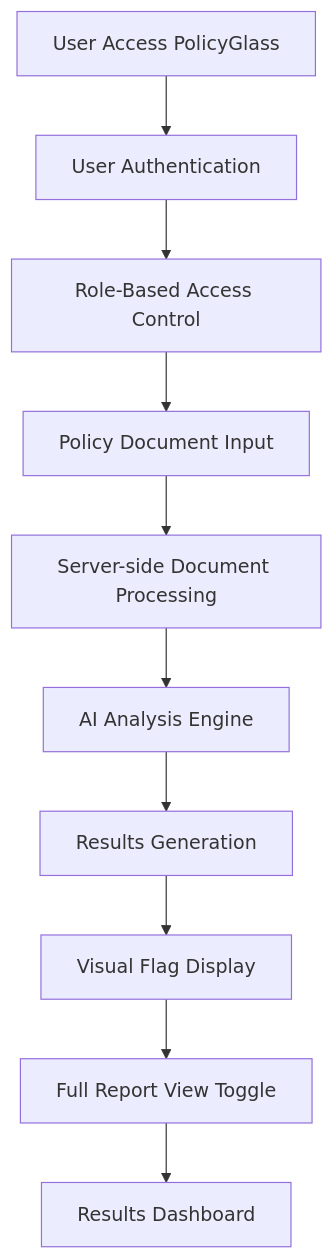
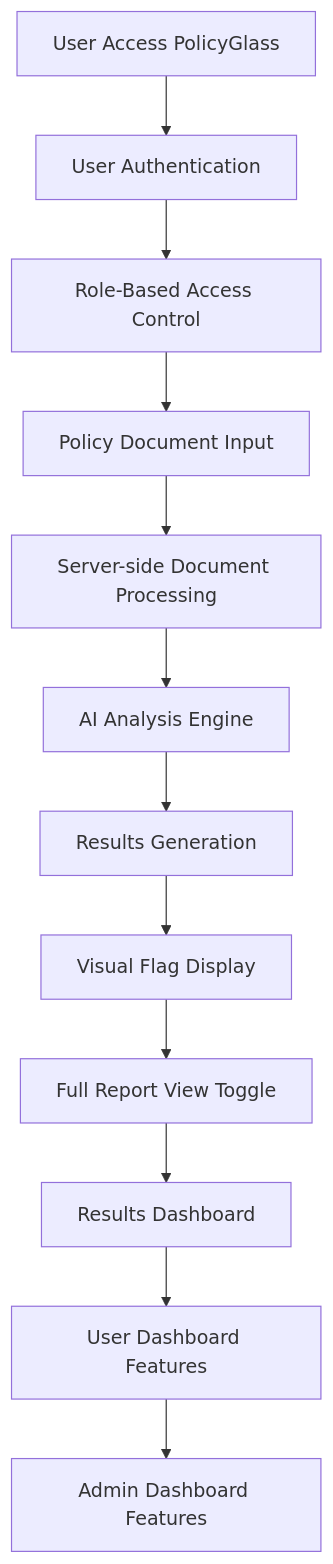
The second of 2 diagrams in cline-docs/systemArchitecture.md (artsmc/hackathon-cerebras), drawn with Mermaid before and after one commit. The commit also changed other lines of this file and 14 other files, not shown here.

Commit message:
feat: add policy analysis functionality with new database tables and user dashboard features

````diff
--- a/cline-docs/systemArchitecture.md
+++ b/cline-docs/systemArchitecture.md
@@ -97,12 +138,14 @@
 ```mermaid
 flowchart TD
     A[User Access PolicyGlass] --> B[User Authentication]
     B --> C[Role-Based Access Control]
     C --> D[Policy Document Input]
     D --> E[Server-side Document Processing]
     E --> F[AI Analysis Engine]
     F --> G[Results Generation]
     G --> H[Visual Flag Display]
     H --> I[Full Report View Toggle]
     I --> J[Results Dashboard]
+    J --> K[User Dashboard Features]
+    K --> L[Admin Dashboard Features]
 ```
````
